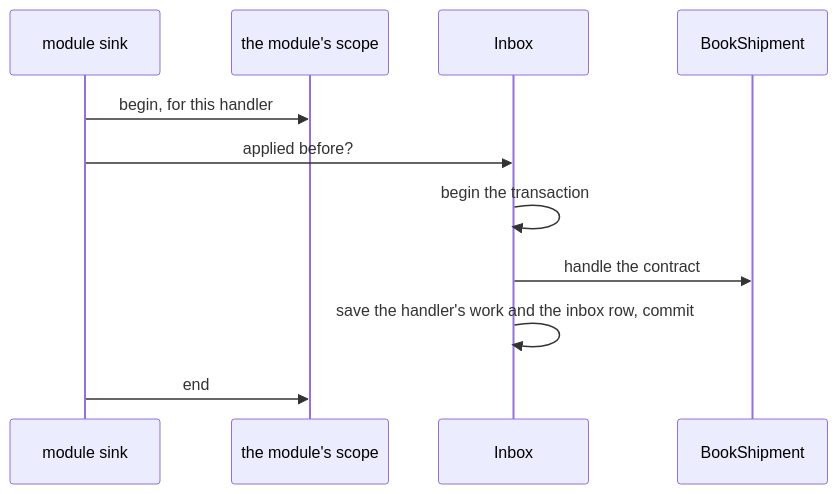
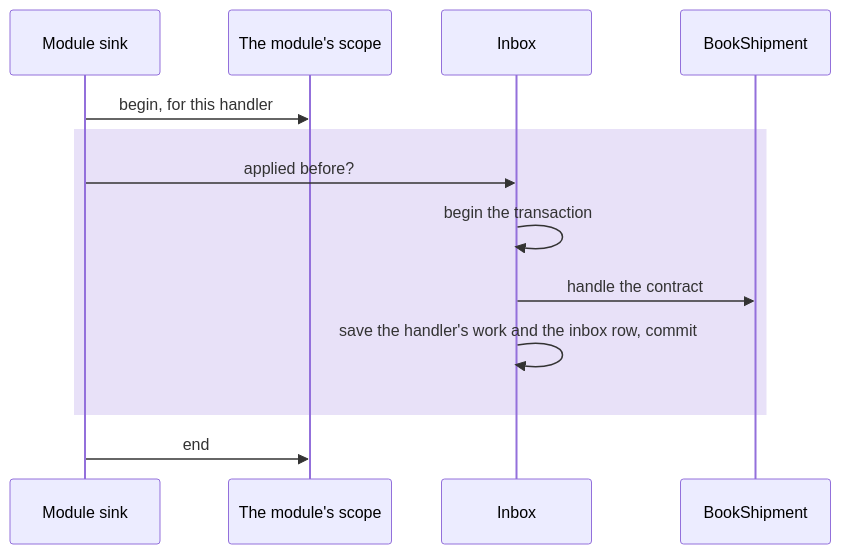
The third of 7 diagrams in docs/integration-events.md (DylanSnel/DDDToolkit), drawn with Mermaid before and after one commit. The commit also changed other lines of this file and 41 other files, not shown here.

First line of the commit message:
Docs: plain prose, one word per concept, and readable diagrams on every page

````diff
--- a/docs/integration-events.md
+++ b/docs/integration-events.md
@@ -449,13 +454,15 @@
 ```mermaid
 sequenceDiagram
-    participant Sink as module sink
-    participant Scope as the module's scope
+    participant Sink as Module sink
+    participant Scope as The module's scope
     participant Inbox
     participant Handler as BookShipment
     Sink->>Scope: begin, for this handler
-    Sink->>Inbox: applied before?
-    Inbox->>Inbox: begin the transaction
-    Inbox->>Handler: handle the contract
-    Inbox->>Inbox: save the handler's work and the inbox row, commit
+    rect rgba(91, 46, 201, 0.14)
+        Sink->>Inbox: applied before?
+        Inbox->>Inbox: begin the transaction
+        Inbox->>Handler: handle the contract
+        Inbox->>Inbox: save the handler's work and the inbox row, commit
+    end
     Sink->>Scope: end
 ```
````
